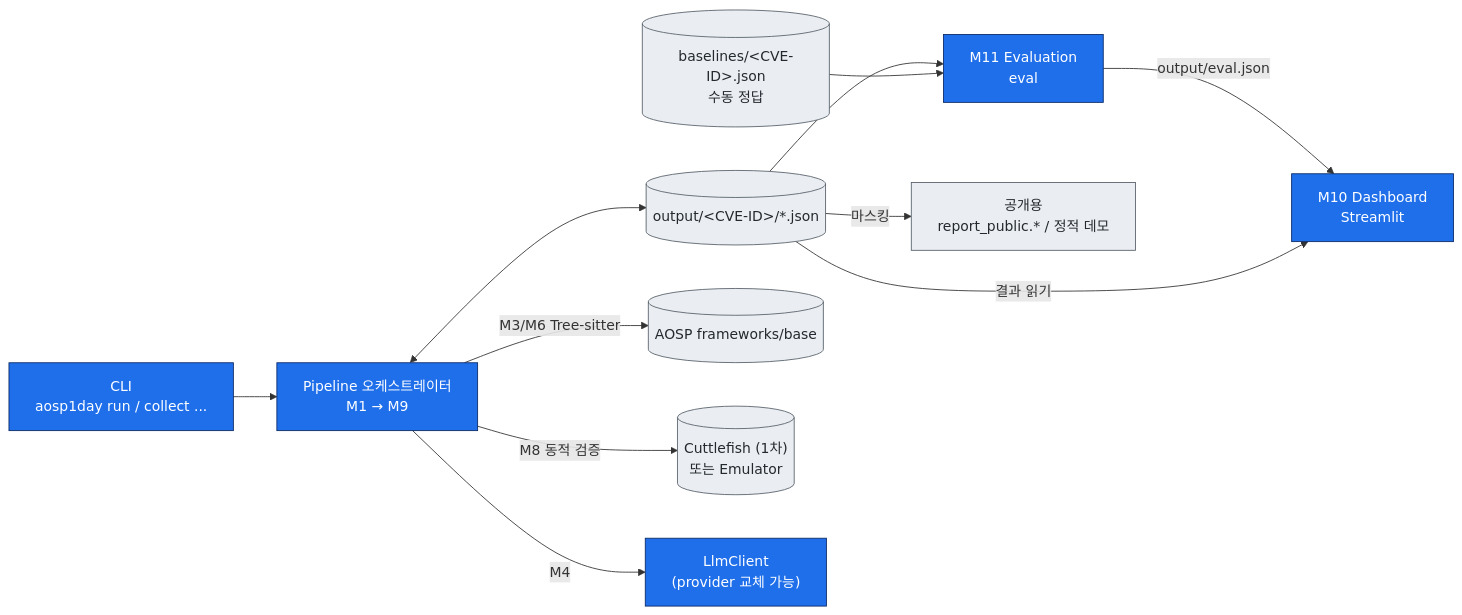
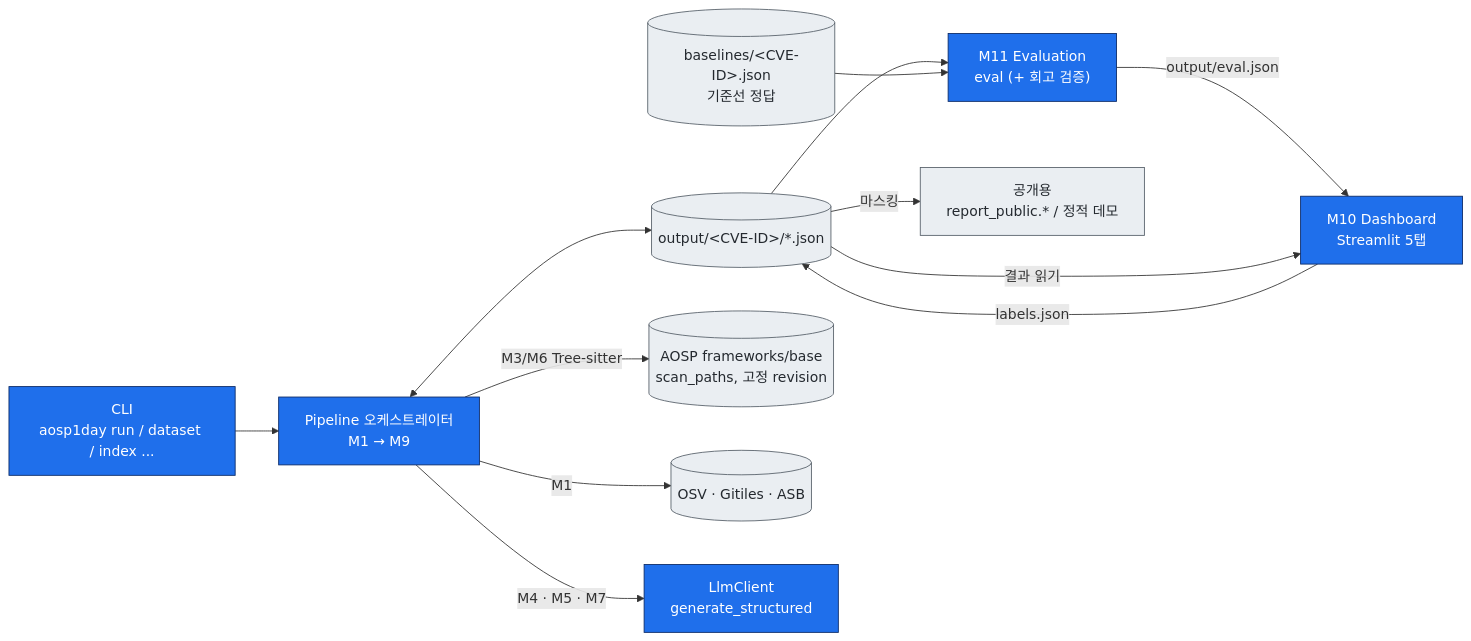
The second of 6 diagrams in docs/architecture.md (meonjalgwi/aosp-1day-pipeline), drawn with Mermaid before and after one commit. The commit also changed other lines of this file and 1 other file, not shown here.

First line of the commit message:
docs: v2 상세 설계서와 구조도 (기존 PR #20·#30 결정 기준으로 재작성)

````diff
--- a/docs/architecture.md
+++ b/docs/architecture.md
@@ -63,29 +60,30 @@
 ```mermaid
 flowchart LR
-    CLI["CLI<br/>aosp1day run / collect ..."]
+    CLI["CLI<br/>aosp1day run / dataset / index ..."]
     PIPE["Pipeline 오케스트레이터<br/>M1 → M9"]
     STORE[("output/&lt;CVE-ID&gt;/*.json")]
-    BASE[("baselines/&lt;CVE-ID&gt;.json<br/>수동 정답")]
-    AOSP[("AOSP frameworks/base")]
-    DEV[("Cuttlefish (1차)<br/>또는 Emulator")]
-    LLM["LlmClient<br/>(provider 교체 가능)"]
-    M11["M11 Evaluation<br/>eval"]
-    DASH["M10 Dashboard<br/>Streamlit"]
+    BASE[("baselines/&lt;CVE-ID&gt;.json<br/>기준선 정답")]
+    AOSP[("AOSP frameworks/base<br/>scan_paths, 고정 revision")]
+    OSV[("OSV · Gitiles · ASB")]
+    LLM["LlmClient<br/>generate_structured"]
+    M11["M11 Evaluation<br/>eval (+ 회고 검증)"]
+    DASH["M10 Dashboard<br/>Streamlit 5탭"]
     PUB["공개용<br/>report_public.* / 정적 데모"]
 
     CLI --> PIPE
     PIPE <--> STORE
+    PIPE -- "M1" --> OSV
     PIPE -- "M3/M6 Tree-sitter" --> AOSP
-    PIPE -- "M4" --> LLM
-    PIPE -- "M8 동적 검증" --> DEV
+    PIPE -- "M4 · M5 · M7" --> LLM
     STORE --> M11
     BASE --> M11
     M11 -- "output/eval.json" --> DASH
     STORE -- 결과 읽기 --> DASH
+    DASH -- "labels.json" --> STORE
     STORE -- 마스킹 --> PUB
 
     classDef svc fill:#1f6feb,stroke:#0b2a66,color:#fff;
     classDef data fill:#eaeef2,stroke:#57606a,color:#24292f;
     class PIPE,CLI,M11,DASH,LLM svc;
-    class STORE,BASE,AOSP,DEV,PUB data;
+    class STORE,BASE,AOSP,OSV,PUB data;
 ```
````
